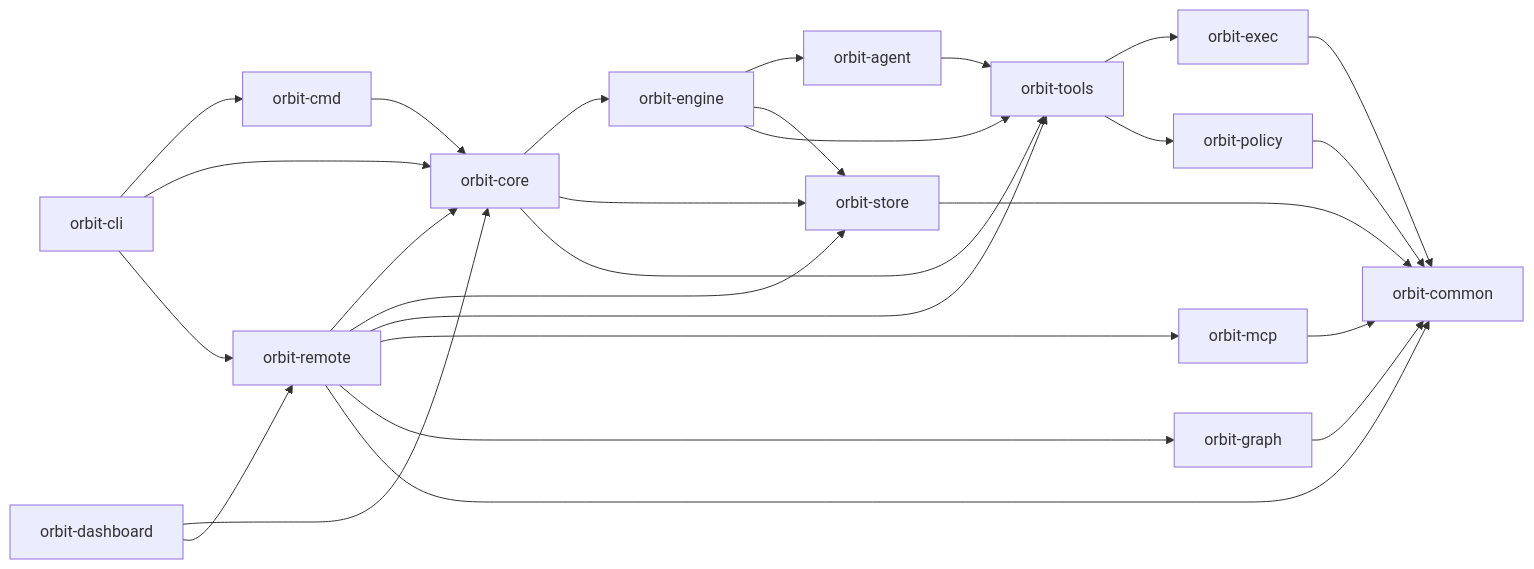
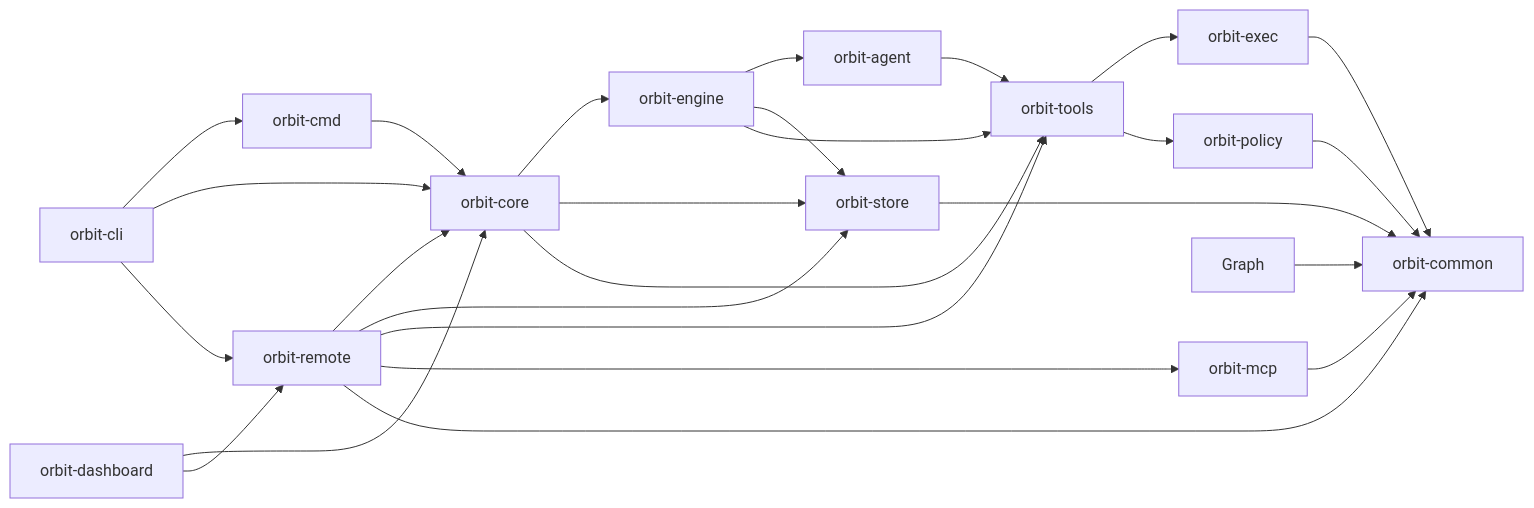
Before and after one commit to danieljhkim/orbit: the diagram in website/src/content/docs/contributing/crate-layout.md, drawn with Mermaid. The commit also changed other lines of this file and 25 other files, not shown here.

````diff
--- a/website/src/content/docs/contributing/crate-layout.md
+++ b/website/src/content/docs/contributing/crate-layout.md
@@ -30,29 +30,28 @@
 ```mermaid
 flowchart LR
   CLI["orbit-cli"] --> Cmd["orbit-cmd"]
   CLI --> Core["orbit-core"]
   CLI --> Remote["orbit-remote"]
   Dashboard["orbit-dashboard"] --> Core
   Dashboard --> Remote
   Cmd --> Core
   Core --> Engine["orbit-engine"]
   Core --> Store["orbit-store"]
   Core --> Tools["orbit-tools"]
   Engine --> Agent["orbit-agent"]
   Engine --> Store
   Engine --> Tools
   Agent --> Tools
   Tools --> Exec["orbit-exec"]
   Tools --> Policy["orbit-policy"]
   Remote --> Core
   Remote --> Store
   Remote --> Tools
   Remote --> MCP["orbit-mcp"]
-  Remote --> Graph["orbit-graph"]
   Remote --> Common["orbit-common"]
   Graph --> Common
   MCP --> Common["orbit-common"]
   Store --> Common
   Exec --> Common
   Policy --> Common
 ```
````
